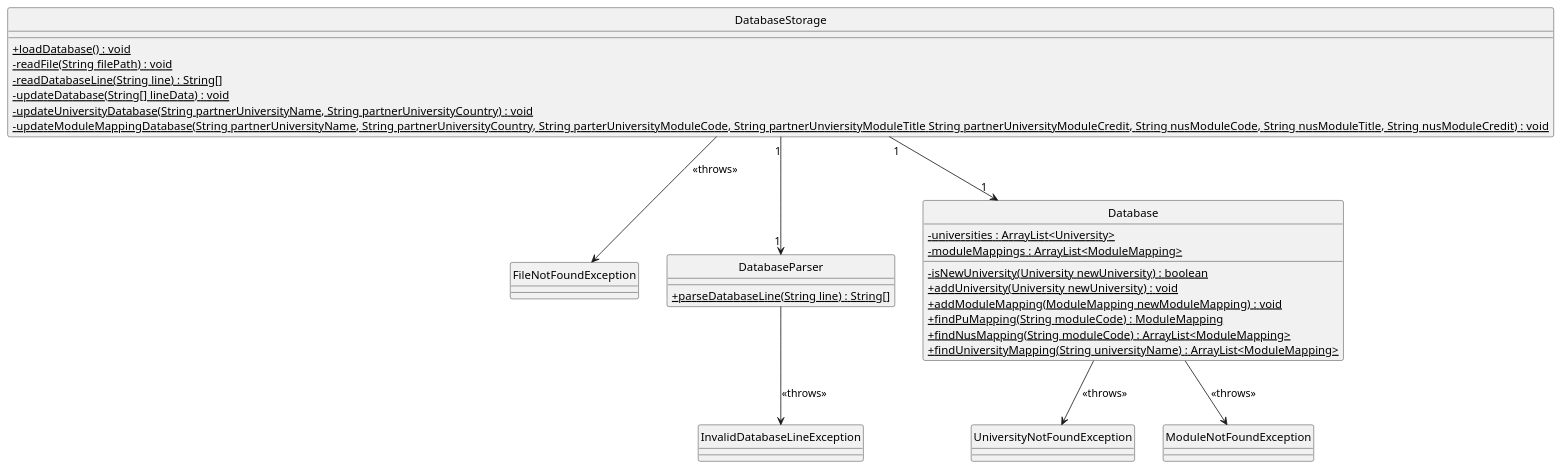
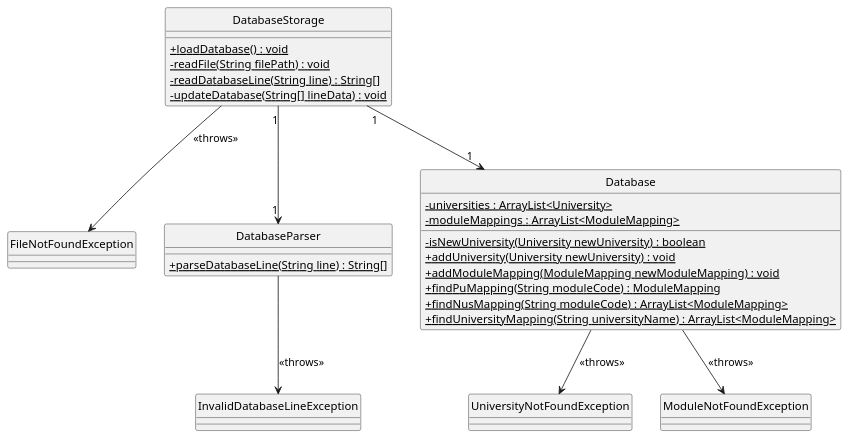
One commit to nus-cs2113-AY2223S1/tp changed the diagram in docs/diagrams/Database_Class.puml. Above: the diagram before and after it, drawn with PlantUML. The commit also changed 3 other files, not shown here.

Commit message:
Simplify database class diagram

```diff
--- a/docs/diagrams/Database_Class.puml
+++ b/docs/diagrams/Database_Class.puml
@@ -1,52 +1,51 @@
 @startuml
+
 hide circle
 skinparam classAttributeIconSize 0
 
 class DatabaseStorage {
     {static} + loadDatabase() : void
     {static} - readFile(String filePath) : void
     {static} - readDatabaseLine(String line) : String[]
     {static} - updateDatabase(String[] lineData) : void
-    {static} - updateUniversityDatabase(String partnerUniversityName, String partnerUniversityCountry) : void
-    {static} - updateModuleMappingDatabase(String partnerUniversityName, String partnerUniversityCountry, String parterUniversityModuleCode, String partnerUnviersityModuleTitle String partnerUniversityModuleCredit, String nusModuleCode, String nusModuleTitle, String nusModuleCredit) : void
 }
 
 class FileNotFoundException {
 
 }
 
 class DatabaseParser {
     {static} + parseDatabaseLine(String line) : String[]
 }
 
 class InvalidDatabaseLineException {
 
 }
 
 class Database {
     {static} - universities : ArrayList<University>
     {static} - moduleMappings : ArrayList<ModuleMapping>
     {static} - isNewUniversity(University newUniversity) : boolean
     {static} + addUniversity(University newUniversity) : void
     {static} + addModuleMapping(ModuleMapping newModuleMapping) : void
     {static} + findPuMapping(String moduleCode) : ModuleMapping
     {static} + findNusMapping(String moduleCode) : ArrayList<ModuleMapping>
     {static} + findUniversityMapping(String universityName) : ArrayList<ModuleMapping>
 }
 
 class UniversityNotFoundException {
 
 }
 
 class ModuleNotFoundException {
 
 }
 
 DatabaseStorage --> FileNotFoundException : <<throws>>
 DatabaseStorage "1" --> "1" Database
 DatabaseStorage "1" --> "1" DatabaseParser
 DatabaseParser --> InvalidDatabaseLineException : << throws>>
 Database --> UniversityNotFoundException : <<throws>>
 Database --> ModuleNotFoundException : <<throws>>
 
 @enduml
```
